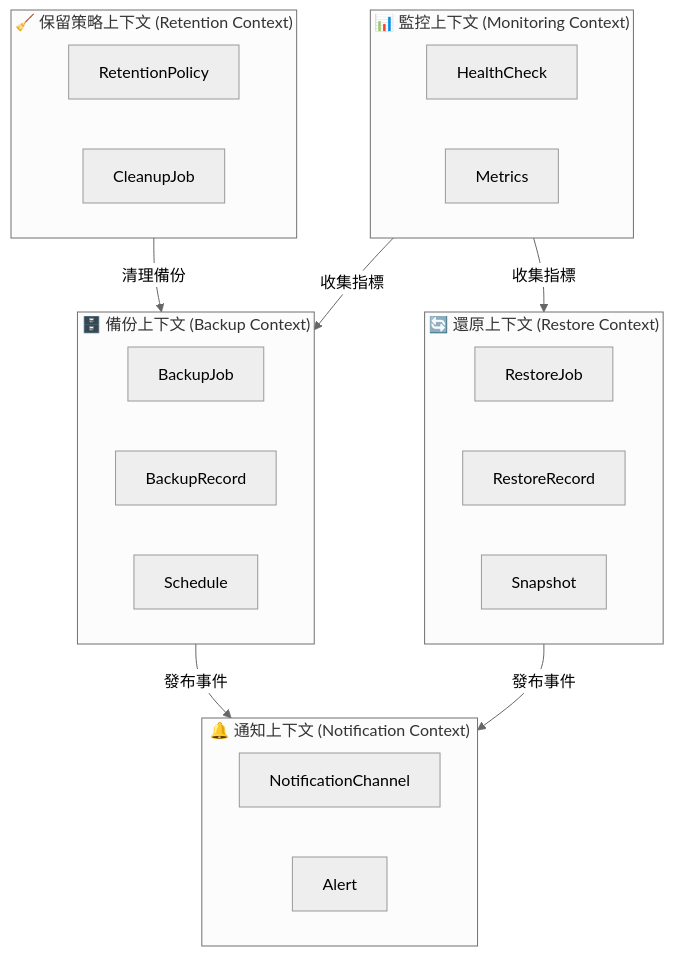
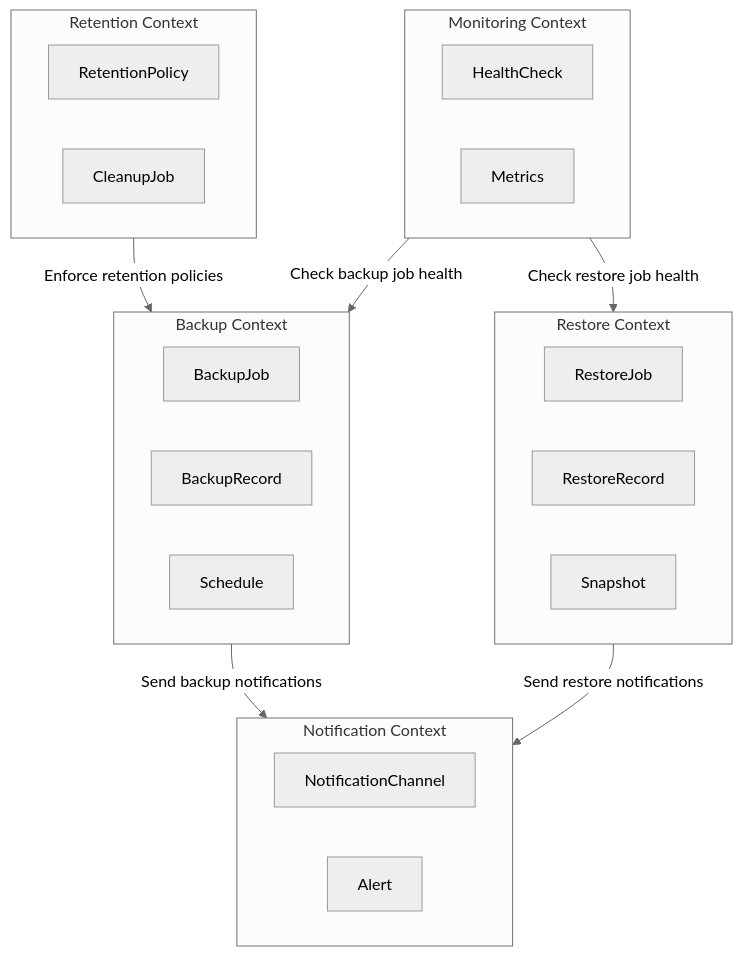
One commit to yu-codes/infra-toolbox changed the first of 12 diagrams in redis_backup/docs/DDD_DESIGN.md. Above: the diagram before and after it, drawn with Mermaid (neutral theme). The commit also changed 10 other files, not shown here.

````diff
--- a/redis_backup/docs/DDD_DESIGN.md
+++ b/redis_backup/docs/DDD_DESIGN.md
@@ -11,35 +11,37 @@
 ```mermaid
-graph TB
-    subgraph BackupContext["🗄️ 備份上下文 (Backup Context)"]
+flowchart TB
+    subgraph BackupContext["Backup Context"]
         BC1[BackupJob]
         BC2[BackupRecord]
         BC3[Schedule]
     end
-    
-    subgraph RestoreContext["🔄 還原上下文 (Restore Context)"]
+
+    subgraph RestoreContext["Restore Context"]
         RC1[RestoreJob]
         RC2[RestoreRecord]
         RC3[Snapshot]
     end
-    
-    subgraph RetentionContext["🧹 保留策略上下文 (Retention Context)"]
+
+    subgraph RetentionContext["Retention Context"]
         RTC1[RetentionPolicy]
         RTC2[CleanupJob]
     end
-    
-    subgraph MonitoringContext["📊 監控上下文 (Monitoring Context)"]
+
+    subgraph MonitoringContext["Monitoring Context"]
         MC1[HealthCheck]
         MC2[Metrics]
     end
-    
-    subgraph NotificationContext["🔔 通知上下文 (Notification Context)"]
+
+    subgraph NotificationContext["Notification Context"]
         NC1[NotificationChannel]
         NC2[Alert]
     end
-    
-    BackupContext -->|發布事件| NotificationContext
-    RestoreContext -->|發布事件| NotificationContext
-    RetentionContext -->|清理備份| BackupContext
-    MonitoringContext -->|收集指標| BackupContext
-    MonitoringContext -->|收集指標| RestoreContext
+
+    RetentionContext --> |"Enforce retention policies"| BackupContext
+    MonitoringContext --> |"Check backup job health"| BackupContext
+    MonitoringContext --> |"Check restore job health"| RestoreContext
+    BackupContext --> |"Send backup notifications"| NotificationContext
+    RestoreContext --> |"Send restore notifications"| NotificationContext
+
+
 ```
````
